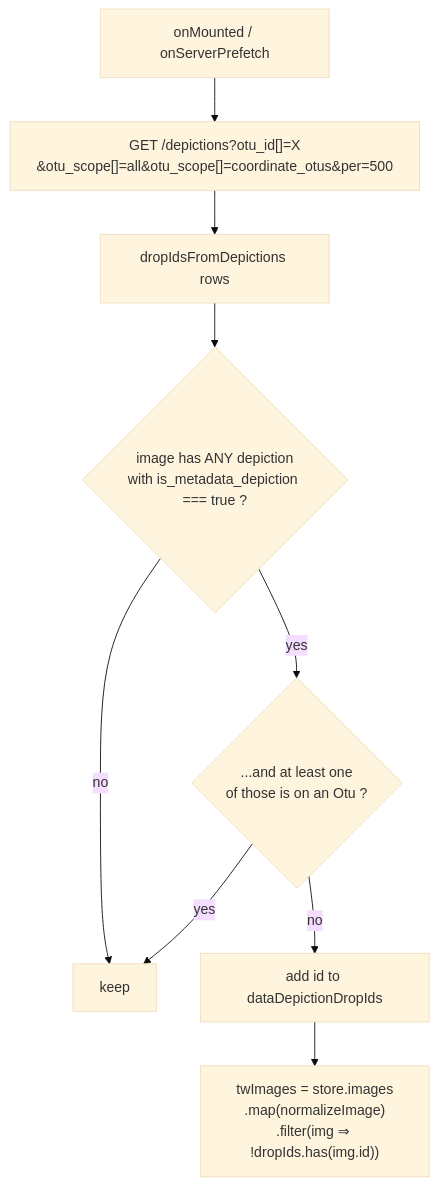
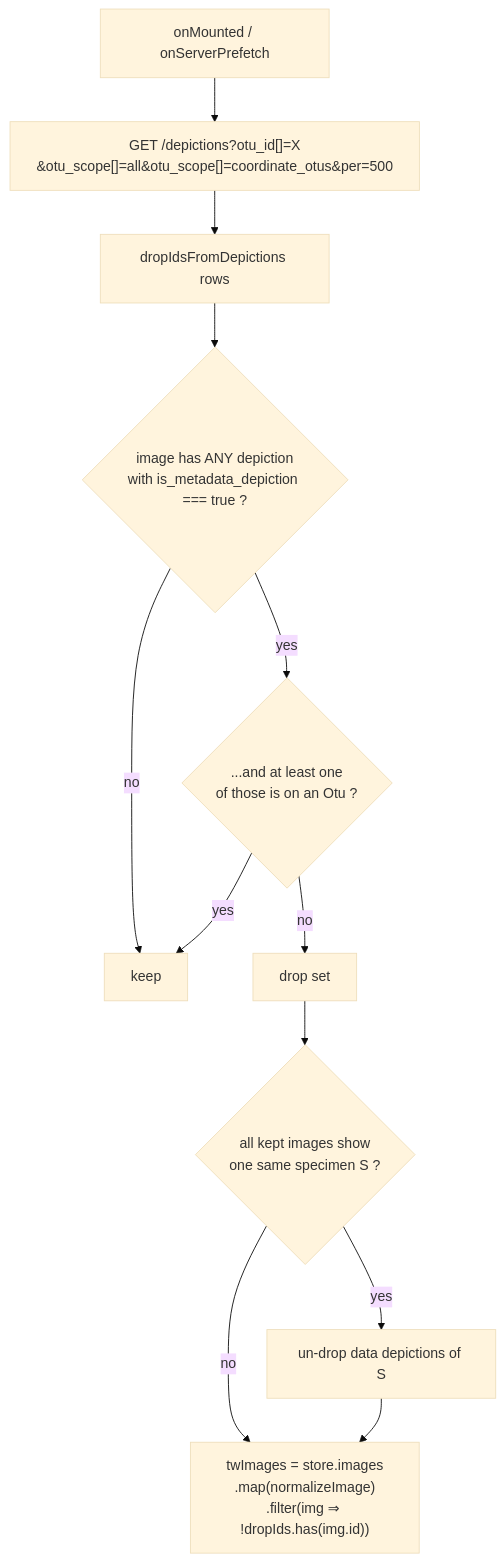
The second of 7 diagrams in panels/PanelGallery/ARCHITECTURE.md (Curculionidae/taxa), drawn with Mermaid (base theme) before and after one commit. The commit also changed other lines of this file and 2 other files, not shown here.

First line of the commit message:
Gallery: show a specimen's data depictions when it is the only specimen shown

````diff
--- a/panels/PanelGallery/ARCHITECTURE.md
+++ b/panels/PanelGallery/ARCHITECTURE.md
@@ -79,11 +79,14 @@
 ```mermaid
 flowchart TD
     A[onMounted / onServerPrefetch] --> B["GET /depictions?otu_id[]=X\n&otu_scope[]=all&otu_scope[]=coordinate_otus&per=500"]
     B --> C[dropIdsFromDepictions rows]
     C --> D{"image has ANY depiction\nwith is_metadata_depiction === true ?"}
     D -- no --> K[keep]
     D -- yes --> E{"...and at least one\nof those is on an Otu ?"}
     E -- yes --> K
-    E -- no --> X[add id to dataDepictionDropIds]
-    X --> F["twImages = store.images\n.map(normalizeImage)\n.filter(img ⇒ !dropIds.has(img.id))"]
+    E -- no --> X[drop set]
+    X --> S{"all kept images show\none same specimen S ?"}
+    S -- yes --> R[un-drop data depictions of S]
+    S -- no --> F
+    R --> F["twImages = store.images\n.map(normalizeImage)\n.filter(img ⇒ !dropIds.has(img.id))"]
 ```
````
